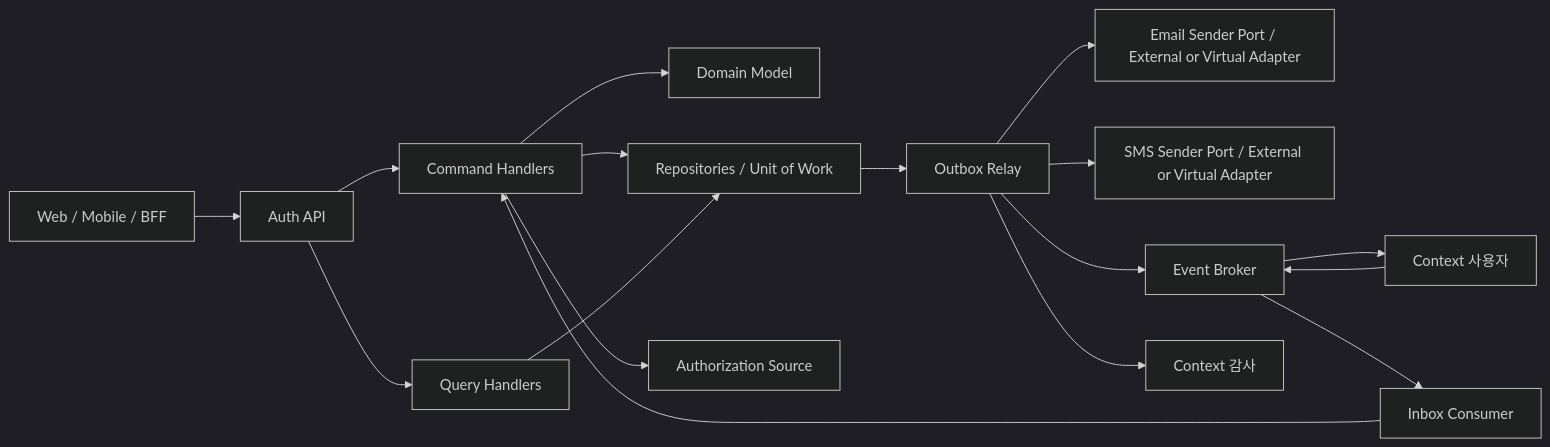
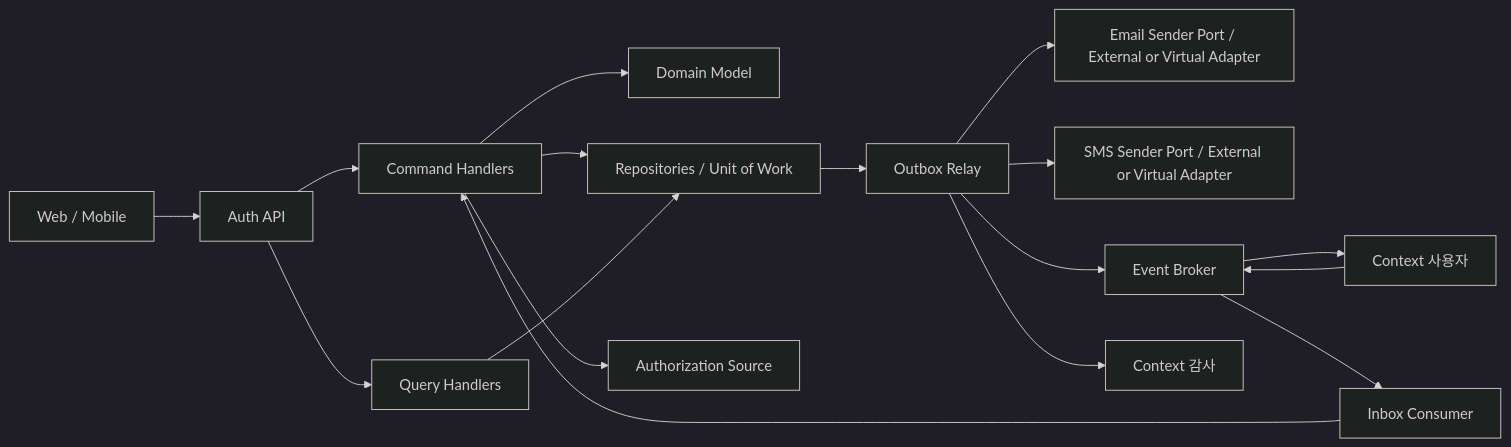
The diagram in blueprint/50-service-design/A_300_auth/A_300_30-service/README.md (Medikong/archive), drawn with Mermaid (dark theme) before and after one commit. The commit also changed other lines of this file and 61 other files, not shown here.

````diff
--- a/blueprint/50-service-design/A_300_auth/A_300_30-service/README.md
+++ b/blueprint/50-service-design/A_300_auth/A_300_30-service/README.md
@@ -57,34 +57,34 @@
 ```mermaid
 flowchart LR
-    Client["Web / Mobile / BFF"]
+    Client["Web / Mobile"]
     API["Auth API"]
     Command["Command Handlers"]
     Query["Query Handlers"]
     Domain["Domain Model"]
     Store["Repositories / Unit of Work"]
     User["Context 사용자"]
     Authz["Authorization Source"]
     Email["Email Sender Port / External or Virtual Adapter"]
     SMS["SMS Sender Port / External or Virtual Adapter"]
     Relay["Outbox Relay"]
     Broker["Event Broker"]
     Inbox["Inbox Consumer"]
     Audit["Context 감사"]
 
     Client --> API
     API --> Command
     API --> Query
     Command --> Domain
     Command --> Store
     Query --> Store
     Command --> Authz
     Store --> Relay
     Relay --> Broker
     Broker --> User
     User --> Broker
     Broker --> Inbox
     Inbox --> Command
     Relay --> Audit
     Relay --> Email
     Relay --> SMS
 ```
````
